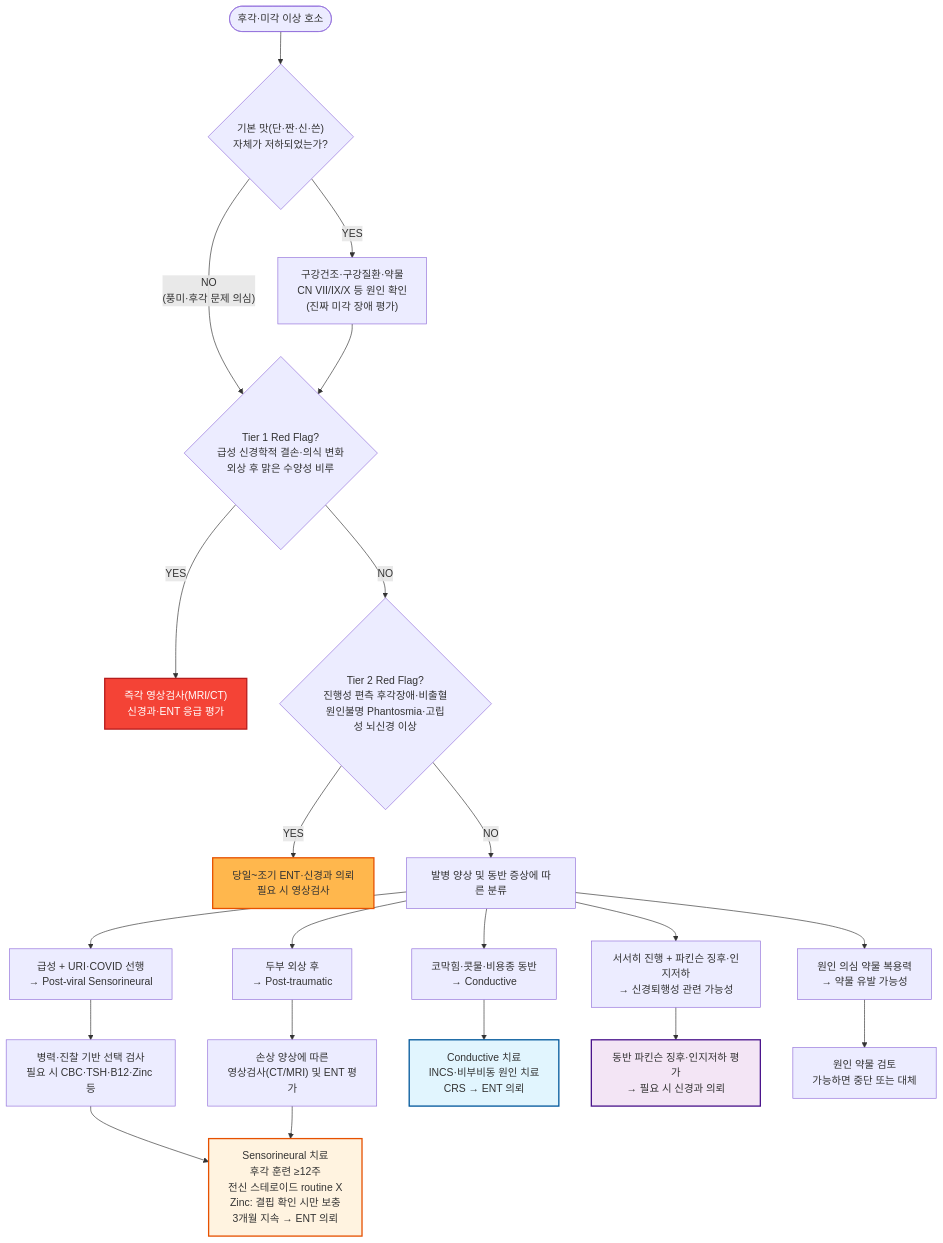
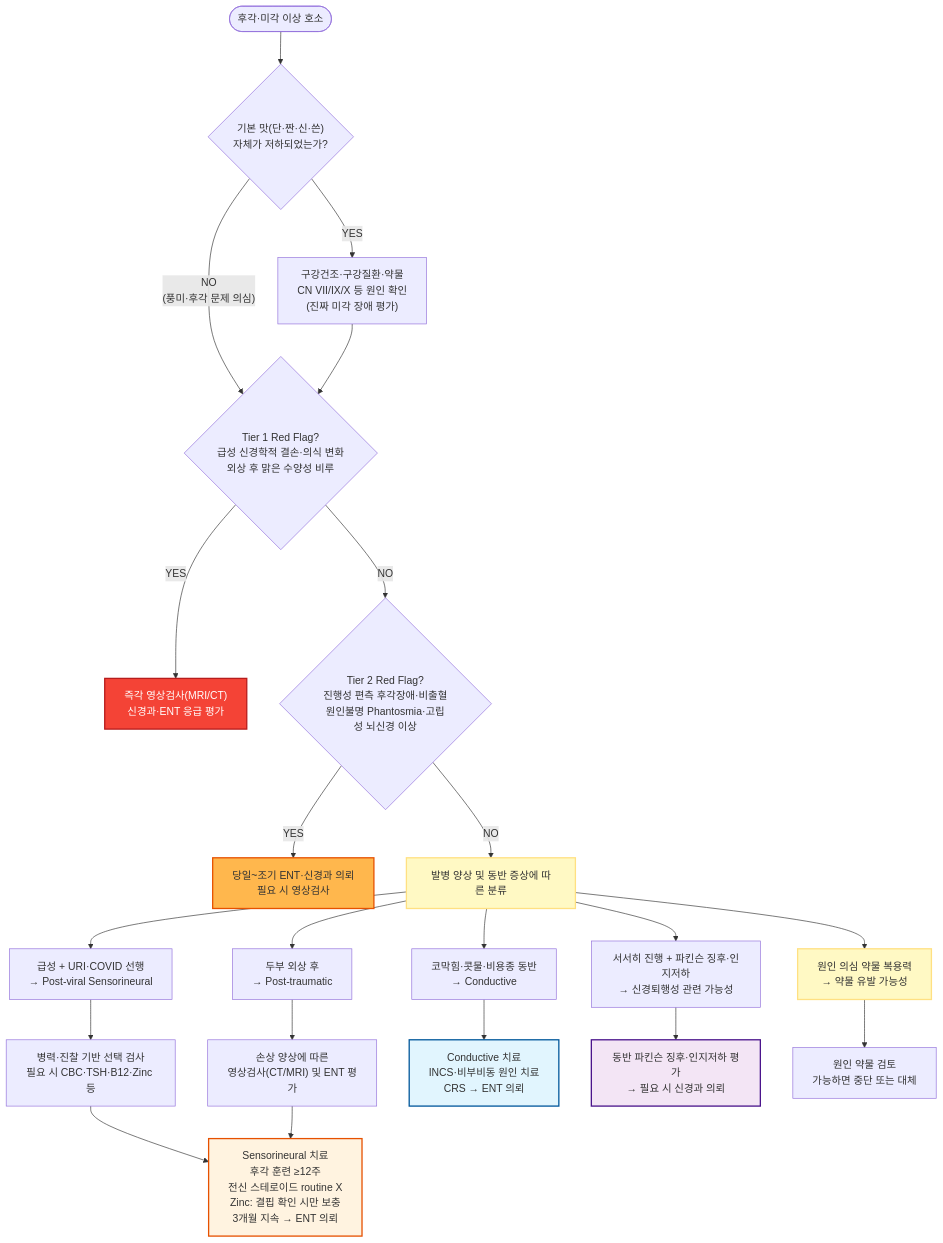
Before and after one commit to familyoh77/familyoh77: the diagram in 220_/005_-smell-taste-disorders.md, drawn with Mermaid.

````diff
--- a/220_/005_-smell-taste-disorders.md
+++ b/220_/005_-smell-taste-disorders.md
@@ -165,28 +165,30 @@
 ```mermaid
 graph TD
     A([후각·미각 이상 호소]) --> B{"기본 맛(단·짠·신·쓴)<br/>자체가 저하되었는가?"}
     B -->|"YES"| C["구강건조·구강질환·약물<br/>CN VII/IX/X 등 원인 확인<br/>(진짜 미각 장애 평가)"]
     B -->|"NO<br/>(풍미·후각 문제 의심)"| D{"Tier 1 Red Flag?<br/>급성 신경학적 결손·의식 변화<br/>외상 후 맑은 수양성 비루"}
     C --> D
     D -->|"YES"| E1["즉각 영상검사(MRI/CT)<br/>신경과·ENT 응급 평가"]
     D -->|"NO"| D2{"Tier 2 Red Flag?<br/>진행성 편측 후각장애·비출혈<br/>원인불명 Phantosmia·고립성 뇌신경 이상"}
     D2 -->|"YES"| E2["당일~조기 ENT·신경과 의뢰<br/>필요 시 영상검사"]
     D2 -->|"NO"| F["발병 양상 및 동반 증상에 따른 분류"]
     F --> G["급성 + URI·COVID 선행<br/>→ Post-viral Sensorineural"]
     F --> H["두부 외상 후<br/>→ Post-traumatic"]
     F --> I["코막힘·콧물·비용종 동반<br/>→ Conductive"]
     F --> J["서서히 진행 + 파킨슨 징후·인지저하<br/>→ 신경퇴행성 관련 가능성"]
     F --> P["원인 의심 약물 복용력<br/>→ 약물 유발 가능성"]
     G --> K["병력·진찰 기반 선택 검사<br/>필요 시 CBC·TSH·B12·Zinc 등"]
     H --> H2["손상 양상에 따른<br/>영상검사(CT/MRI) 및 ENT 평가"]
     I --> L["Conductive 치료<br/>INCS·비부비동 원인 치료<br/>CRS → ENT 의뢰"]
     J --> M["동반 파킨슨 징후·인지저하 평가<br/>→ 필요 시 신경과 의뢰"]
     P --> P2["원인 약물 검토<br/>가능하면 중단 또는 대체"]
     K --> N["Sensorineural 치료<br/>후각 훈련 ≥12주<br/>전신 스테로이드 routine X<br/>Zinc: 결핍 확인 시만 보충<br/>3개월 지속 → ENT 의뢰"]
     H2 --> N
     style E1 fill:#f44336,stroke:#b71c1c,color:#fff,stroke-width:2px
     style E2 fill:#ffb74d,stroke:#e65100,stroke-width:2px
+    style F fill:#fff9c4,stroke:#ffe082,stroke-width:2px
+    style P fill:#fff9c4,stroke:#ffe082,stroke-width:2px
     style L fill:#e1f5fe,stroke:#01579b,stroke-width:2px
     style N fill:#fff3e0,stroke:#e65100,stroke-width:2px
     style M fill:#f3e5f5,stroke:#4a148c,stroke-width:2px
 ```
````
